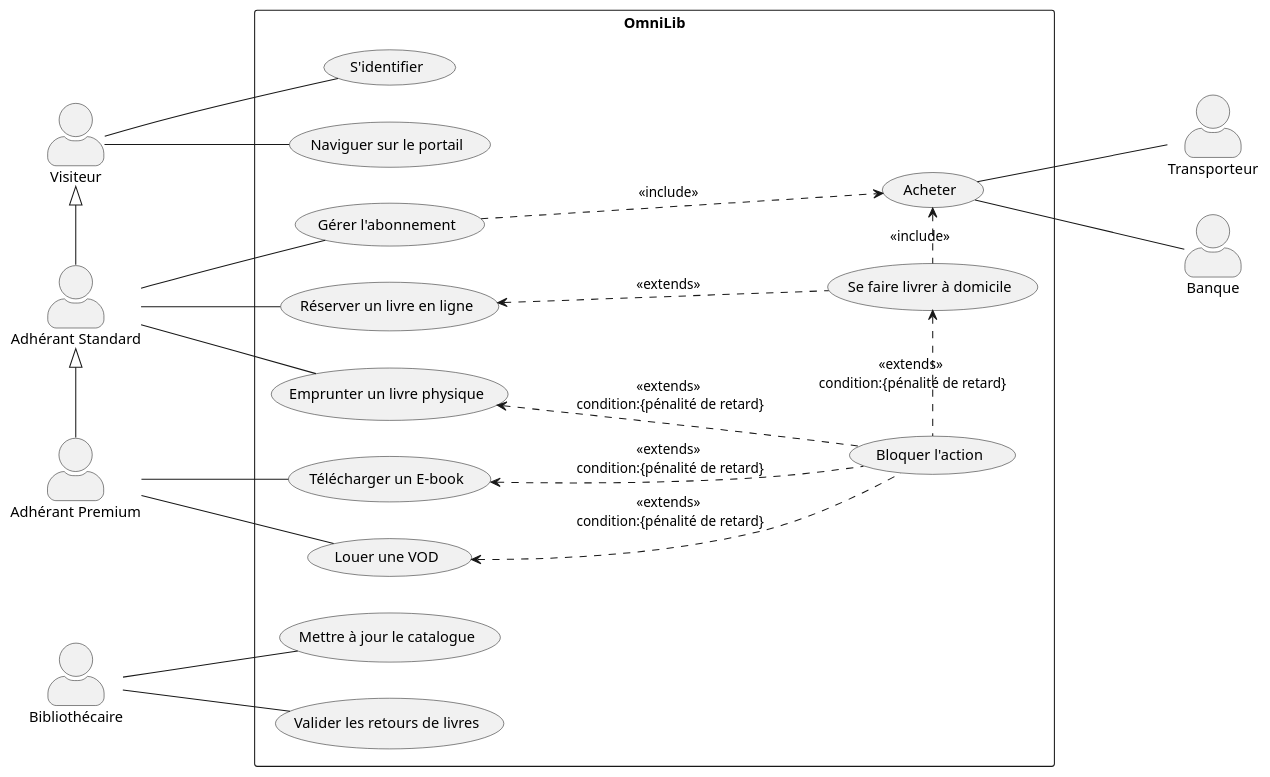
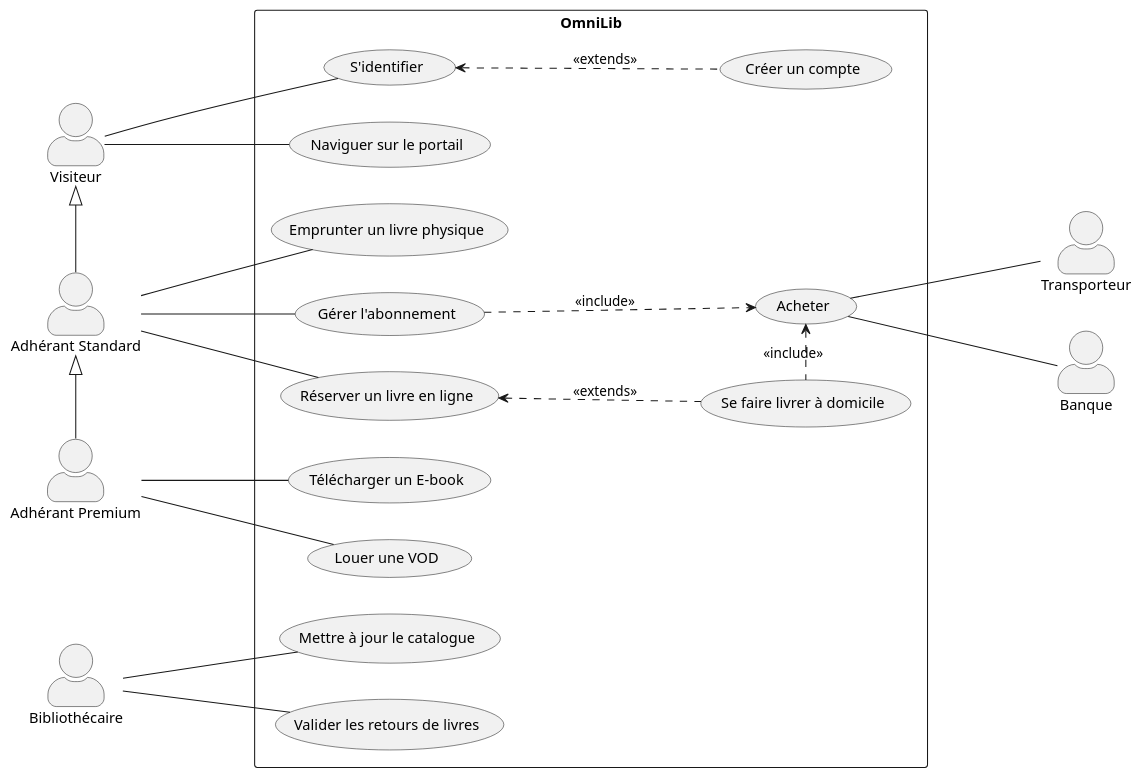
The first of 3 diagrams in README.md (QDeh/OmniLib), drawn with PlantUML before and after one commit. The commit also changed other lines of this file and 1 other file, not shown here.

Commit message:
doc: modification du usercase diagram

````diff
--- a/README.md
+++ b/README.md
@@ -9,58 +9,55 @@
 ```plantuml
 @startuml
 
 skinparam actorStyle awesome
 left to right direction
 
 together{
     actor "Visiteur" as Visiteur
     actor "Adhérant Standard" as AdherantStandard
     actor "Adhérant Premium" as AdherantPremium
 }
 
 actor "Bibliothécaire" as Bibliothecaire
 
 rectangle "OmniLib"{
     usecase "S'identifier" as Identifier
+    usecase "Créer un compte" as Creer
     usecase "Naviguer sur le portail" as Naviguer
     usecase "Gérer l'abonnement" as Gerer
     usecase "Emprunter un livre physique" as Emprunter
     usecase "Réserver un livre en ligne" as Reserver
     usecase "Se faire livrer à domicile" as Livraison
     usecase "Acheter" as Acheter
     usecase "Télécharger un E-book" as Telecharger
     usecase "Louer une VOD" as Louer
-    usecase "Bloquer l'action" as Bloquer
     usecase "Mettre à jour le catalogue" as MettreAJour
     usecase "Valider les retours de livres" as Valider 
 }
 
 together{
     actor "Transporteur" as Transporteur
     actor "Banque" as Banque
 }
 
 Visiteur --- Identifier
 Gerer -[hidden]right-> Reserver
 Gerer -.-> Acheter : <<include>>
 AdherantStandard -left-|> Visiteur
 AdherantPremium -left-|> AdherantStandard
 Visiteur --- Naviguer
 AdherantStandard --- Emprunter
 AdherantStandard --- Reserver
 AdherantStandard --- Gerer
 AdherantPremium --- Telecharger
 AdherantPremium --- Louer
 Reserver <-.- Livraison : <<extends>>
-Louer <-.- Bloquer : <<extends>>\n condition:{pénalité de retard}
-Telecharger <-.- Bloquer : <<extends>>\n condition:{pénalité de retard}
-Emprunter <-.- Bloquer : <<extends>>\n condition:{pénalité de retard}
-Livraison <-right.- Bloquer : <<extends>>\n condition:{pénalité de retard}
+Identifier <-.- Creer : <<extends>>
 Livraison -left.-> Acheter : <<include>>
 Acheter --- Transporteur
 Acheter --- Banque
 Bibliothecaire --- MettreAJour
 Bibliothecaire --- Valider
 
 @enduml
 ```
````
